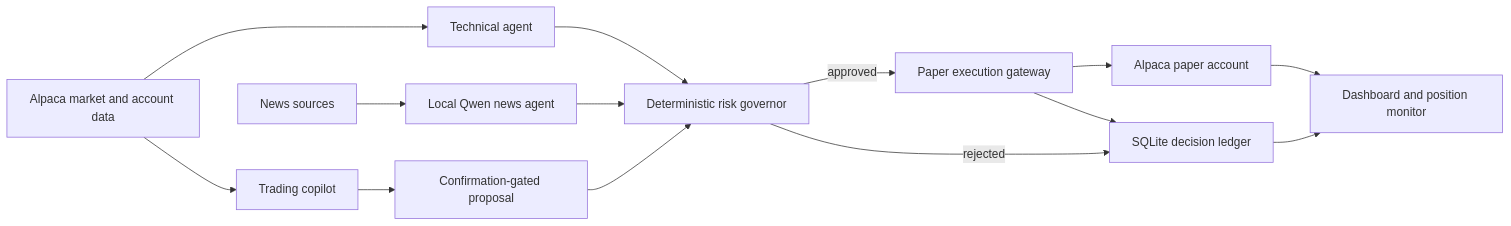
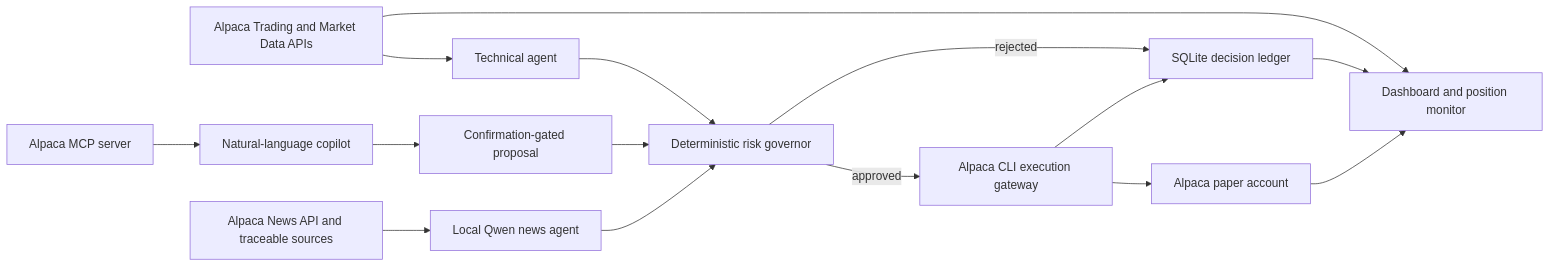
The diagram in README.md (yassin1705/lattice-paper-options-desk), drawn with Mermaid before and after one commit. The commit also changed other lines of this file, not shown here.

Commit message:
Highlight Lattice usability and Alpaca integrations

````diff
--- a/README.md
+++ b/README.md
@@ -51,16 +80,17 @@
 ```mermaid
 flowchart LR
-  A[Alpaca market and account data] --> T[Technical agent]
-  A --> C[Trading copilot]
-  N[News sources] --> Q[Local Qwen news agent]
+  A[Alpaca Trading and Market Data APIs] --> T[Technical agent]
+  A --> D[Dashboard and position monitor]
+  M[Alpaca MCP server] --> C[Natural-language copilot]
+  N[Alpaca News API and traceable sources] --> Q[Local Qwen news agent]
   T --> R[Deterministic risk governor]
   Q --> R
   C --> P[Confirmation-gated proposal]
   P --> R
-  R -->|approved| E[Paper execution gateway]
+  R -->|approved| E[Alpaca CLI execution gateway]
   R -->|rejected| L[SQLite decision ledger]
   E --> X[Alpaca paper account]
   E --> L
-  X --> D[Dashboard and position monitor]
+  X --> D
   L --> D
 ```
````
